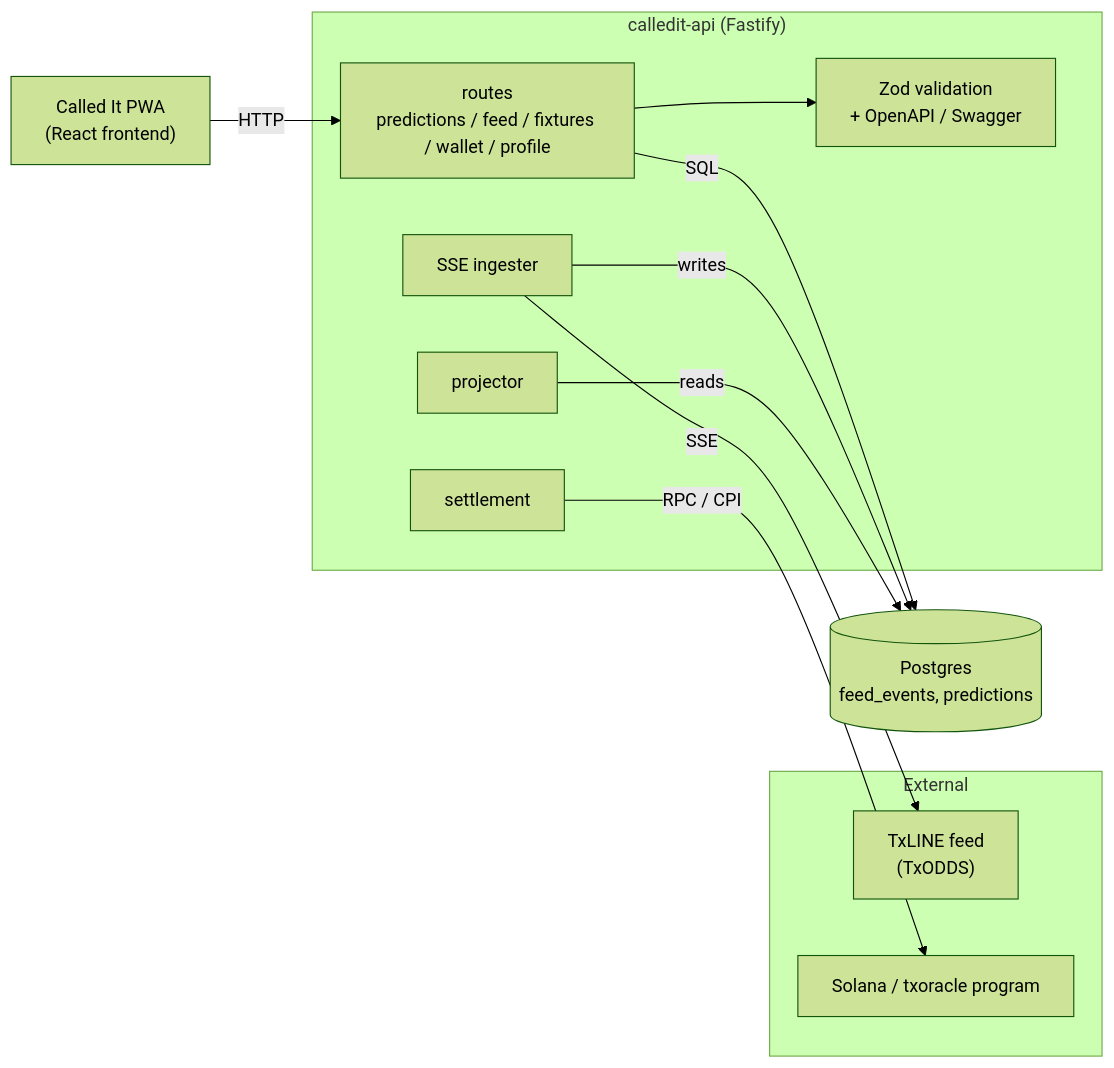
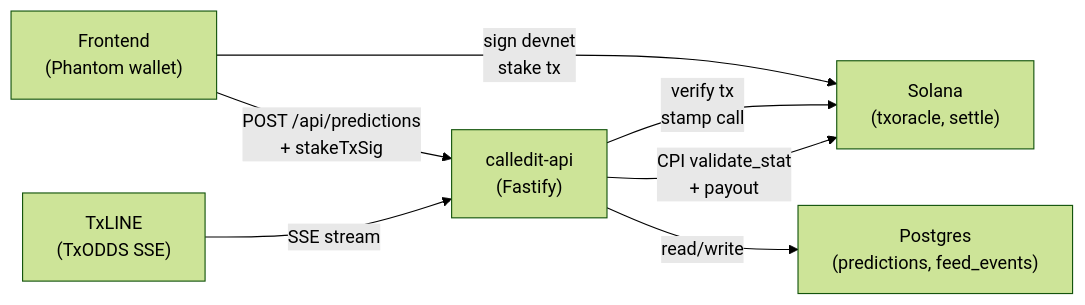
Before and after one commit to emersonjds/calledit-api: the diagram in README.md, drawn with Mermaid (forest theme). The commit also changed other lines of this file, not shown here.

Commit message:
docs: corrige readme (swagger em /swagger, fixtures via txline, deploy railway, 70 testes)

````diff
--- a/README.md
+++ b/README.md
@@ -97,27 +44,15 @@
 ```mermaid
 flowchart LR
-  FE["Called It PWA<br/>(React frontend)"]
+  FE["Frontend<br/>(Phantom wallet)"]
+  API["calledit-api<br/>(Fastify)"]
+  DB["Postgres<br/>(predictions, feed_events)"]
+  FEED["TxLINE<br/>(TxODDS SSE)"]
+  SOL["Solana<br/>(txoracle, settle)"]
 
-  subgraph API["calledit-api (Fastify)"]
-    ROUTES["routes<br/>predictions / feed / fixtures / wallet / profile"]
-    ZOD["Zod validation<br/>+ OpenAPI / Swagger"]
-    ING["SSE ingester"]
-    PROJ["projector"]
-    SET["settlement"]
-  end
-
-  DB[("Postgres<br/>feed_events, predictions")]
-
-  subgraph EXT["External"]
-    TXLINE["TxLINE feed<br/>(TxODDS)"]
-    SOL["Solana / txoracle program"]
-  end
-
-  FE -- HTTP --> ROUTES
-  ROUTES --> ZOD
-  ROUTES -- SQL --> DB
-  ING -- SSE --> TXLINE
-  ING -- "writes" --> DB
-  PROJ -- "reads" --> DB
-  SET -- "RPC / CPI" --> SOL
+  FE -->|sign devnet<br/>stake tx| SOL
+  FE -->|POST /api/predictions<br/>+ stakeTxSig| API
+  API -->|verify tx<br/>stamp call| SOL
+  API -->|read/write| DB
+  FEED -->|SSE stream| API
+  API -->|CPI validate_stat<br/>+ payout| SOL
 ```
````
